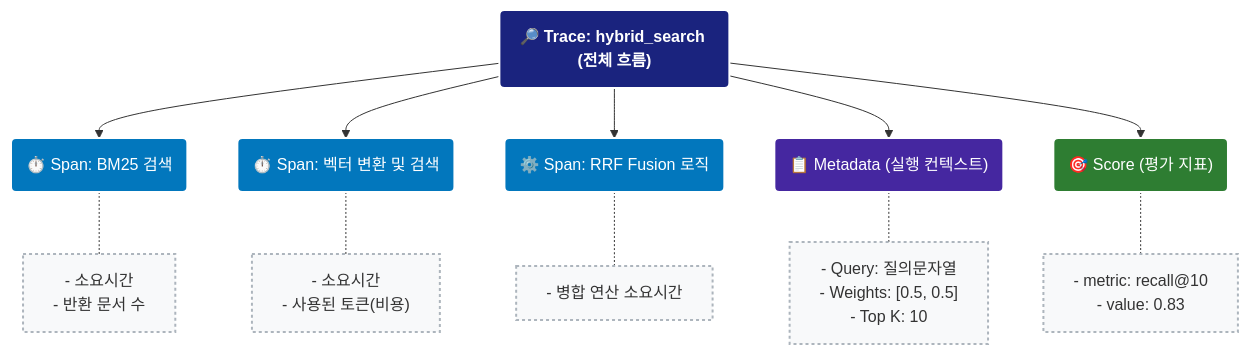
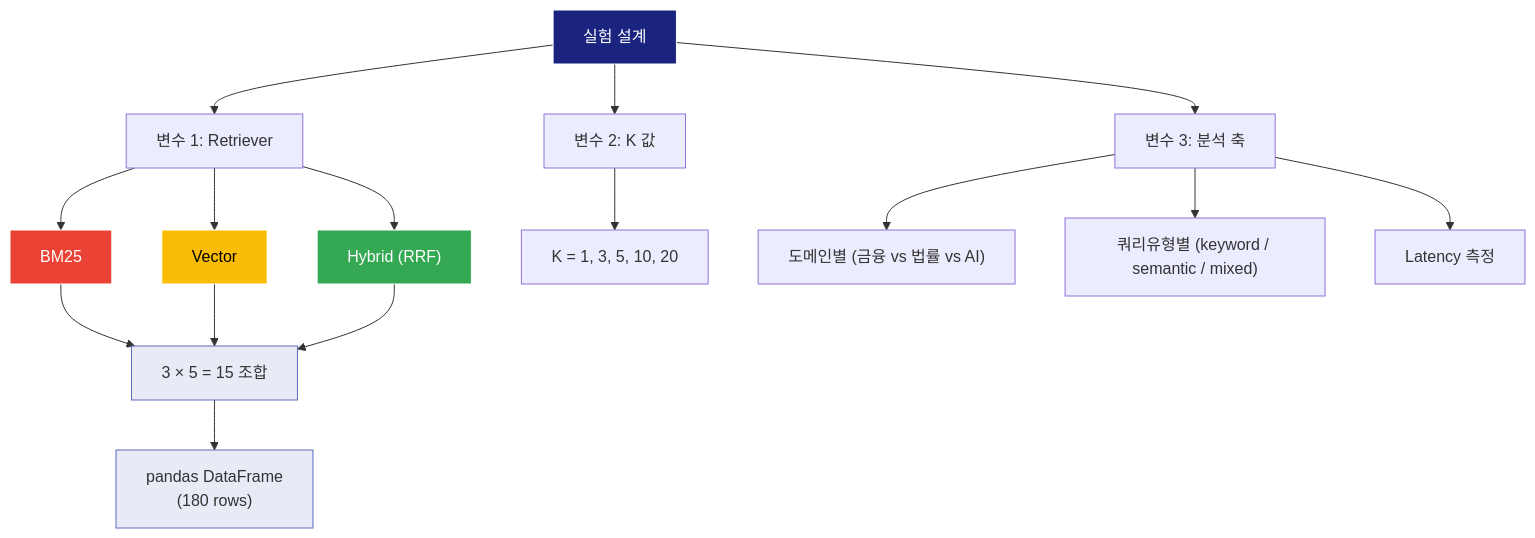
One commit to tsdata/youtubu-pdstudio changed the ninth of 14 diagrams in series1_advanced_rag/ep01_hybrid_search/slides/EP01_Hybrid_Search.md. Above: the diagram before and after it, drawn with Mermaid. The commit also changed other lines of this file and 31 other files, not shown here.

````diff
--- a/series1_advanced_rag/ep01_hybrid_search/slides/EP01_Hybrid_Search.md
+++ b/series1_advanced_rag/ep01_hybrid_search/slides/EP01_Hybrid_Search.md
@@ -551,25 +484,25 @@
 ```mermaid
 flowchart TD
-    Trace("🔎 Trace: hybrid_search (전체 흐름)"):::trace
+    EXP["실험 설계"]:::header --> V1["변수 1: Retriever"]
+    EXP --> V2["변수 2: K 값"]
+    EXP --> V3["변수 3: 분석 축"]
 
-    Trace --> S1("⏱️ Span: BM25 검색"):::span
-    S1 -.- S1D["- 소요시간<br/>- 반환 문서 수"]:::detail
+    V1 --> R1["BM25"]:::bm25
+    V1 --> R2["Vector"]:::vec
+    V1 --> R3["Hybrid (RRF)"]:::hybrid
 
-    Trace --> S2("⏱️ Span: 벡터 변환 및 검색"):::span
-    S2 -.- S2D["- 소요시간<br/>- 사용된 토큰(비용)"]:::detail
+    V2 --> K1["K = 1, 3, 5, 10, 20"]
 
-    Trace --> S3("⚙️ Span: RRF Fusion 로직"):::span
-    S3 -.- S3D["- 병합 연산 소요시간"]:::detail
+    V3 --> A1["도메인별 (금융 vs 법률 vs AI)"]
+    V3 --> A2["쿼리유형별 (keyword / semantic / mixed)"]
+    V3 --> A3["Latency 측정"]
 
-    Trace --> META("📋 Metadata (실행 컨텍스트)"):::meta
-    META -.- METAD["- Query: 질의문자열<br/>- Weights: [0.5, 0.5]<br/>- Top K: 10"]:::detail
+    R1 & R2 & R3 --> GRID["3 × 5 = 15 조합"]:::result
+    GRID --> DF["pandas DataFrame\n(180 rows)"]:::result
 
-    Trace --> SCORE("🎯 Score (평가 지표)"):::score
-    SCORE -.- SCORED["- metric: recall@10<br/>- value: 0.83"]:::detail
-
-    classDef trace fill:#1a237e,color:#fff,stroke:#fff,stroke-width:2px,font-weight:bold
-    classDef span fill:#0277bd,color:#fff,stroke:#fff,stroke-width:2px
-    classDef meta fill:#4527a0,color:#fff,stroke:#fff,stroke-width:2px
-    classDef score fill:#2e7d32,color:#fff,stroke:#fff,stroke-width:2px
-    classDef detail fill:#f8f9fa,color:#333,stroke:#adb5bd,stroke-width:2px,stroke-dasharray: 3 3
+    classDef header fill:#1a237e,color:#fff,stroke:#fff
+    classDef bm25 fill:#EA4335,color:#fff,stroke:#fff
+    classDef vec fill:#FBBC05,color:#000,stroke:#fff
+    classDef hybrid fill:#34A853,color:#fff,stroke:#fff
+    classDef result fill:#e8eaf6,color:#333,stroke:#5c6bc0
 ```
````
